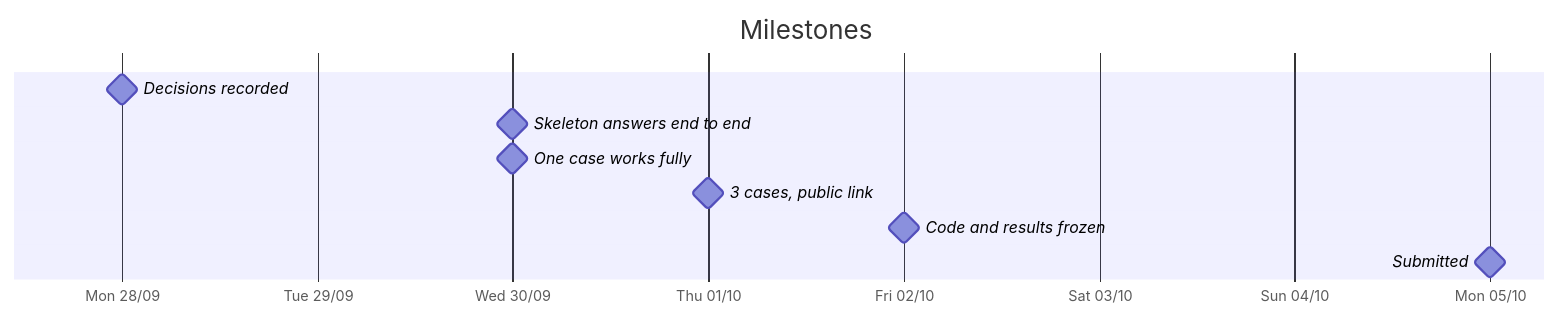
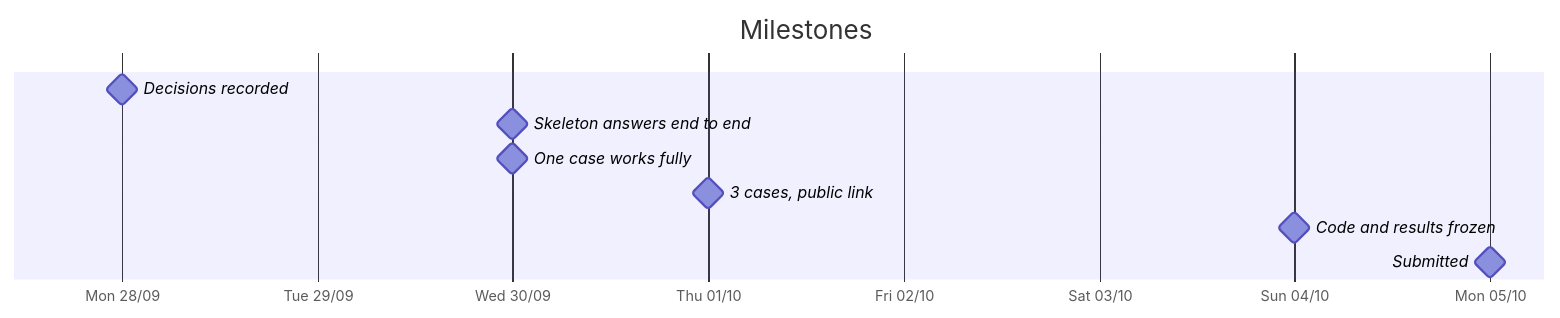
One commit to rdorta27/factored-hackathon-2026-sentinel-engine changed the diagram in team/plan.md. Above: the diagram before and after it, drawn with Mermaid. The commit also changed other lines of this file and 2 other files, not shown here.

````diff
--- a/team/plan.md
+++ b/team/plan.md
@@ -21,14 +22,14 @@
 ```mermaid
 gantt
     title Milestones
     dateFormat YYYY-MM-DD
     axisFormat %a %d/%m
     tickInterval 1day
     todayMarker off
     Decisions recorded           :milestone, 2026-09-28, 0d
     Skeleton answers end to end  :milestone, 2026-09-30, 0d
     One case works fully         :milestone, 2026-09-30, 0d
     3 cases, public link         :milestone, 2026-10-01, 0d
-    Code and results frozen      :milestone, 2026-10-02, 0d
+    Code and results frozen      :milestone, 2026-10-04, 0d
     Submitted                    :milestone, 2026-10-05, 0d
 ```
````
